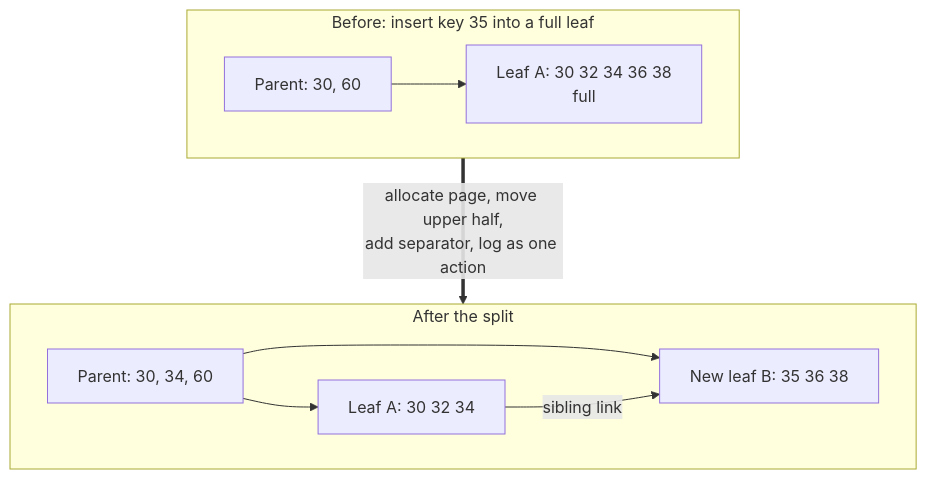
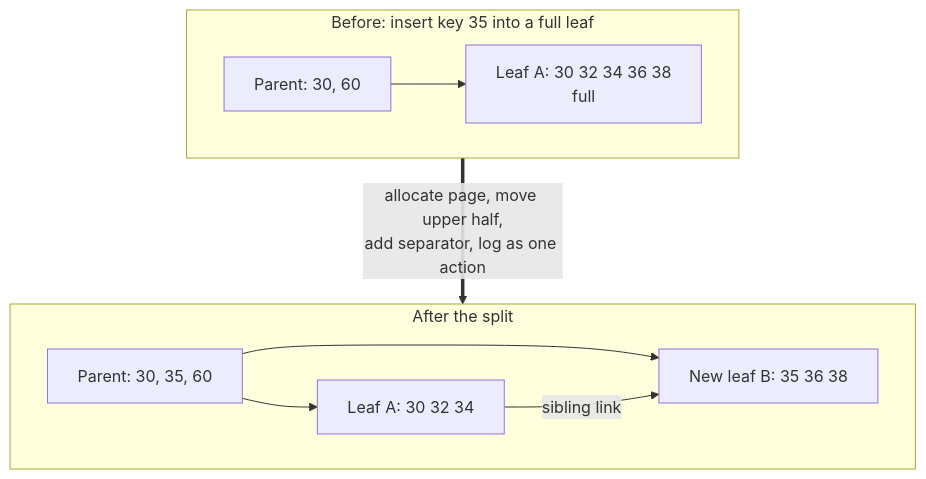
One commit to Sampath1-1-1/System-Design changed the fifth of 11 diagrams in manuscript/book1-traditional/13-storage-engine-internals.md. Above: the diagram before and after it, drawn with Mermaid. The commit also changed other lines of this file and 5 other files, not shown here.

````diff
--- a/manuscript/book1-traditional/13-storage-engine-internals.md
+++ b/manuscript/book1-traditional/13-storage-engine-internals.md
@@ -498,12 +498,12 @@
 ```mermaid
 flowchart TB
   subgraph BEFORE["Before: insert key 35 into a full leaf"]
     P1["Parent: 30, 60"] --> L1["Leaf A: 30 32 34 36 38<br/>full"]
   end
   subgraph AFTER["After the split"]
-    P2["Parent: 30, 34, 60"] --> L2["Leaf A: 30 32 34"]
+    P2["Parent: 30, 35, 60"] --> L2["Leaf A: 30 32 34"]
     P2 --> L3["New leaf B: 35 36 38"]
     L2 -->|sibling link| L3
   end
   BEFORE ==>|allocate page, move upper half,<br/>add separator, log as one action| AFTER
 ```
````
